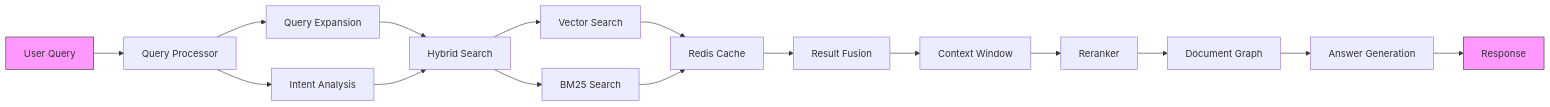
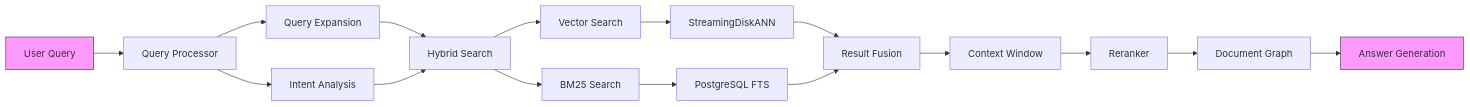
One commit to terilios/file-upload-embeddings changed the second of 2 diagrams in README.md. Above: the diagram before and after it, drawn with Mermaid. The commit also changed other lines of this file and 1 other file, not shown here.

````diff
--- a/README.md
+++ b/README.md
@@ -45,27 +45,27 @@
 ```mermaid
 graph LR
     A[User Query] --> B[Query Processor]
     B --> C[Query Expansion]
     B --> D[Intent Analysis]
     
     C --> E[Hybrid Search]
     D --> E
     
     E --> F[Vector Search]
     E --> G[BM25 Search]
     
-    F --> H[Redis Cache]
-    G --> H
+    F --> H[StreamingDiskANN]
+    G --> I[PostgreSQL FTS]
     
-    H --> I[Result Fusion]
-    I --> J[Context Window]
-    J --> K[Reranker]
+    H --> J[Result Fusion]
+    I --> J
     
-    K --> L[Document Graph]
-    L --> M[Answer Generation]
+    J --> K[Context Window]
+    K --> L[Reranker]
     
-    M --> N[Response]
+    L --> M[Document Graph]
+    M --> N[Answer Generation]
     
     style A fill:#f9f,stroke:#333
     style N fill:#f9f,stroke:#333
 ```
````
